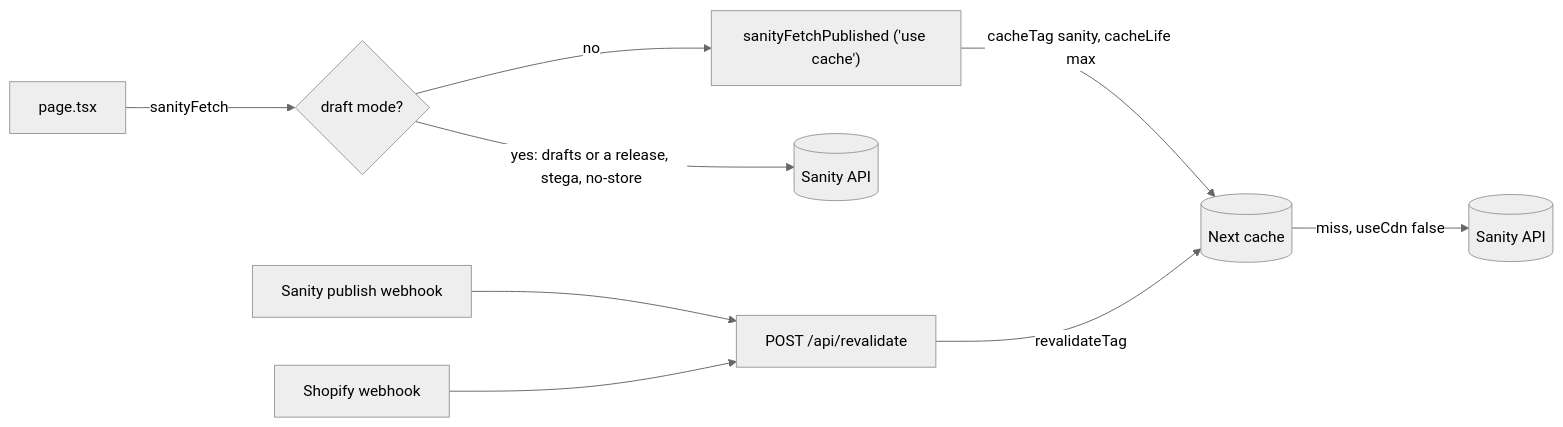
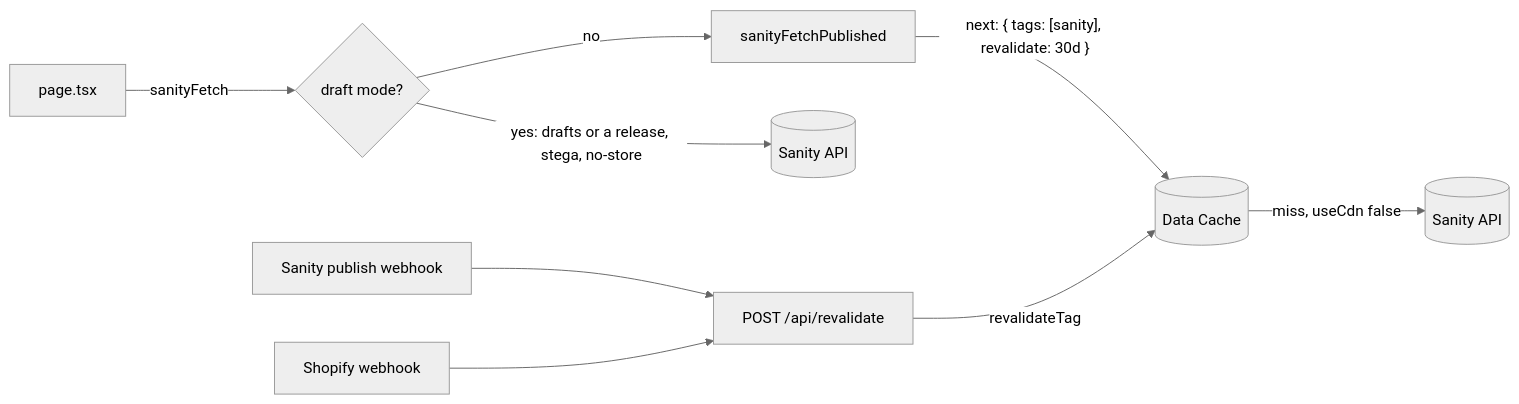
The diagram in ARCHITECTURE.md (darkroomengineering/satus), drawn with Mermaid (neutral theme) before and after one commit. The commit also changed other lines of this file and 46 other files, not shown here.

````diff
--- a/ARCHITECTURE.md
+++ b/ARCHITECTURE.md
@@ -70,11 +72,11 @@
 ```mermaid
 flowchart LR
     P[page.tsx] -->|sanityFetch| F{draft mode?}
-    F -->|no| U["sanityFetchPublished ('use cache')"]
-    U -->|cacheTag sanity, cacheLife max| Cache[(Next cache)]
+    F -->|no| U[sanityFetchPublished]
+    U -->|"next: { tags: [sanity], revalidate: 30d }"| Cache[(Data Cache)]
     Cache -->|miss, useCdn false| API[(Sanity API)]
     F -->|yes: drafts or a release, stega, no-store| Draft[(Sanity API)]
     Hook[Sanity publish webhook] --> R[POST /api/revalidate]
     Shop[Shopify webhook] --> R
     R -->|revalidateTag| Cache
 ```
````
